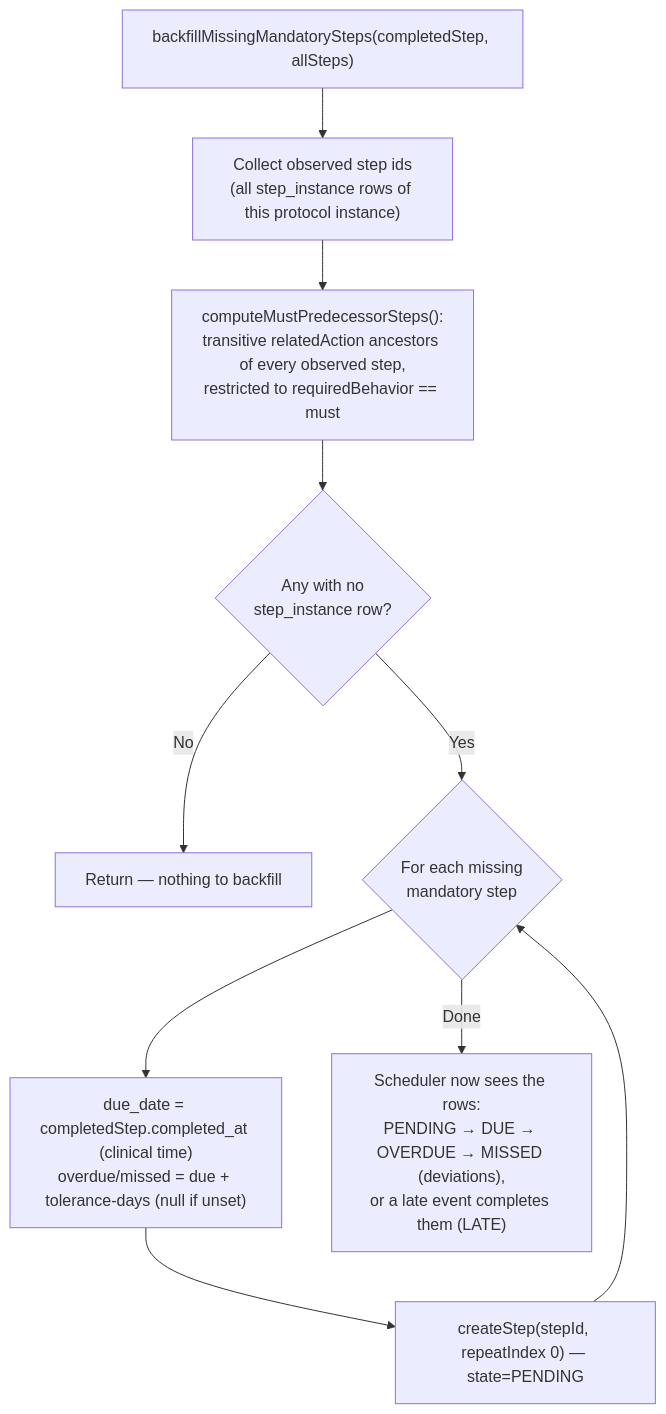
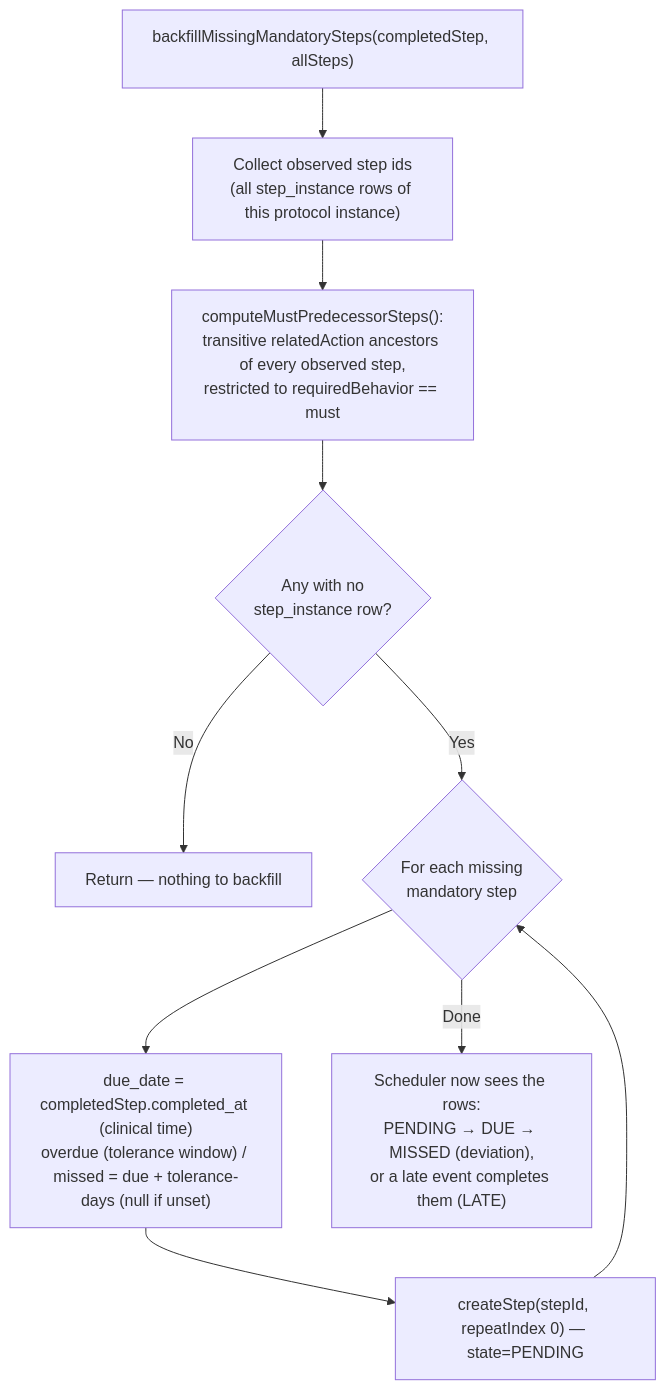
Diagram 12 of 12 in docs/flow-diagrams.md (Jayaprakash8887/cce-compliance-service), drawn with Mermaid before and after one commit. The commit also changed other lines of this file and 17 other files, not shown here.

Commit message:
Removal of OVERDUE step state

````diff
--- a/docs/flow-diagrams.md
+++ b/docs/flow-diagrams.md
@@ -561,12 +558,12 @@
 ```mermaid
 flowchart TD
     START["backfillMissingMandatorySteps(completedStep, allSteps)"] --> OBSERVED["Collect observed step ids<br/>(all step_instance rows of this protocol instance)"]
     OBSERVED --> PRED["computeMustPredecessorSteps():<br/>transitive relatedAction ancestors of every observed step,<br/>restricted to requiredBehavior == must"]
     PRED --> MISSING{"Any with no<br/>step_instance row?"}
     MISSING -->|"No"| DONE["Return — nothing to backfill"]
     MISSING -->|"Yes"| LOOP{"For each missing<br/>mandatory step"}
-    LOOP --> DATES["due_date = completedStep.completed_at (clinical time)<br/>overdue/missed = due + tolerance-days (null if unset)"]
+    LOOP --> DATES["due_date = completedStep.completed_at (clinical time)<br/>overdue (tolerance window) / missed = due + tolerance-days (null if unset)"]
     DATES --> CREATE["createStep(stepId, repeatIndex 0) — state=PENDING"]
     CREATE --> LOOP
-    LOOP -->|"Done"| DONE2["Scheduler now sees the rows:<br/>PENDING → DUE → OVERDUE → MISSED (deviations),<br/>or a late event completes them (LATE)"]
+    LOOP -->|"Done"| DONE2["Scheduler now sees the rows:<br/>PENDING → DUE → MISSED (deviation),<br/>or a late event completes them (LATE)"]
 ```
````
